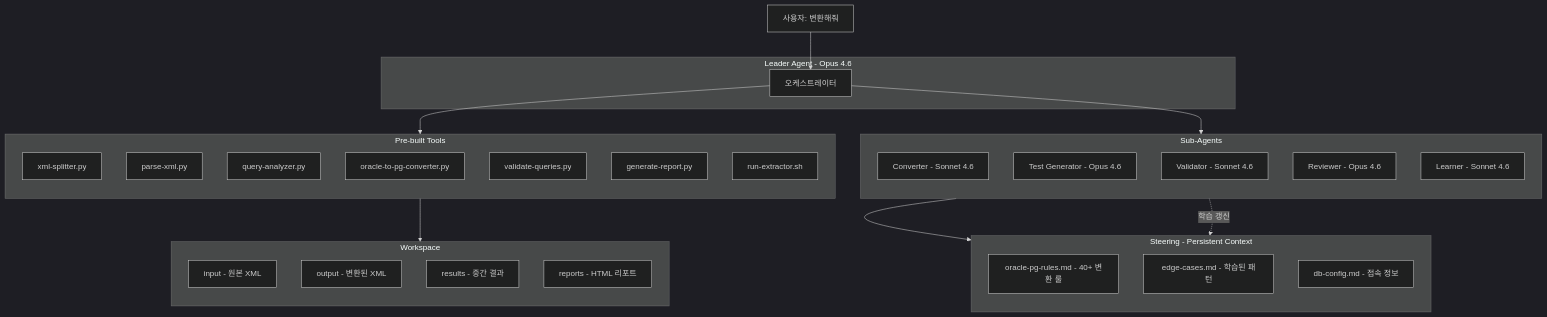
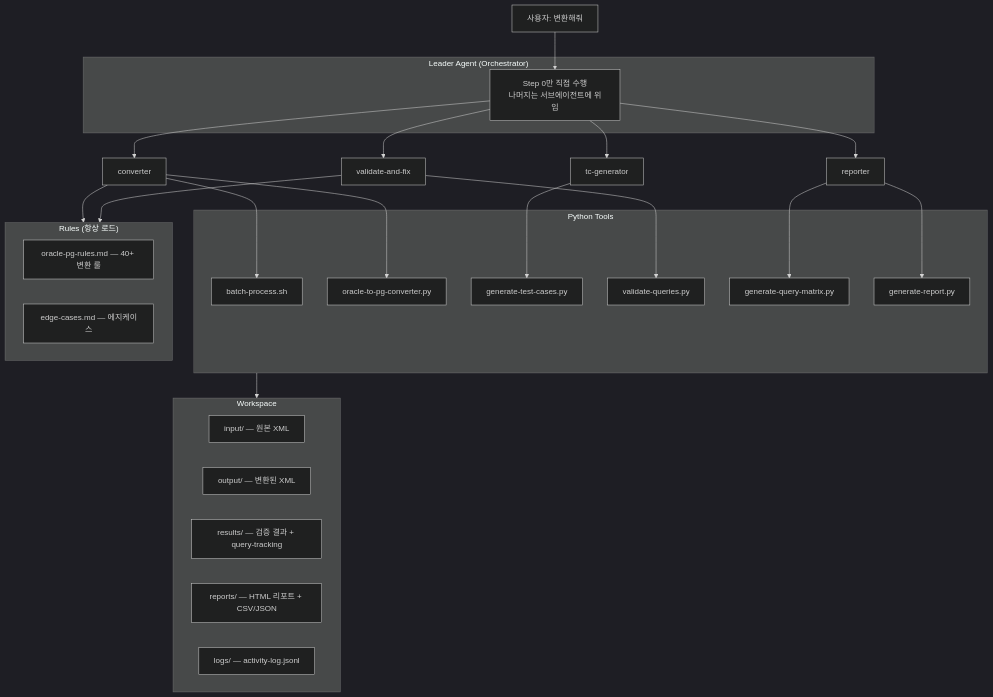
The first of 4 diagrams in docs/architecture.md (netsgo0319/oma-claude-code), drawn with Mermaid (dark theme) before and after one commit. The commit also changed other lines of this file and 1 other file, not shown here.

First line of the commit message:
docs: 아키텍처 문서 전면 재작성 + STEP_END 통일 + 상태 표시 필수화

````diff
--- a/docs/architecture.md
+++ b/docs/architecture.md
@@ -9,52 +9,45 @@
 ```mermaid
 flowchart TB
     U["사용자: 변환해줘"]
     U --> L
 
-    subgraph Leader["Leader Agent - Opus 4.6"]
-        L[오케스트레이터]
+    subgraph Leader["Leader Agent (Orchestrator)"]
+        L[Step 0만 직접 수행\n나머지는 서브에이전트에 위임]
     end
 
-    L --> Tools
-    L --> Agents
+    L --> S1[converter]
+    L --> S2[tc-generator]
+    L --> S3[validate-and-fix]
+    L --> S4[reporter]
 
-    subgraph Tools["Pre-built Tools"]
-        direction TB
-        T1[xml-splitter.py]
-        T2[parse-xml.py]
-        T3[query-analyzer.py]
-        T4[oracle-to-pg-converter.py]
-        T5[validate-queries.py]
+    subgraph Tools["Python Tools"]
+        T1[batch-process.sh]
+        T2[oracle-to-pg-converter.py]
+        T3[generate-test-cases.py]
+        T4[validate-queries.py]
+        T5[generate-query-matrix.py]
         T6[generate-report.py]
-        T7[run-extractor.sh]
     end
 
-    subgraph Agents["Sub-Agents"]
-        direction TB
-        A1[Converter - Sonnet 4.6]
-        A2[Test Generator - Opus 4.6]
-        A3[Validator - Sonnet 4.6]
-        A4[Reviewer - Opus 4.6]
-        A5[Learner - Sonnet 4.6]
+    S1 --> T1 & T2
+    S2 --> T3
+    S3 --> T4
+    S4 --> T5 & T6
+
+    subgraph Rules["Rules (항상 로드)"]
+        R1[oracle-pg-rules.md — 40+ 변환 룰]
+        R2[edge-cases.md — 에지케이스]
     end
 
-    Agents --> Steering
-    A5 -.->|학습 갱신| Steering
+    S1 & S3 --> Rules
 
-    subgraph Steering["Steering - Persistent Context"]
-        direction TB
-        S1[oracle-pg-rules.md - 40+ 변환 룰]
-        S2[edge-cases.md - 학습된 패턴]
-        S3[db-config.md - 접속 정보]
+    subgraph Workspace["Workspace"]
+        W1[input/ — 원본 XML]
+        W2[output/ — 변환된 XML]
+        W3[results/ — 검증 결과 + query-tracking]
+        W4[reports/ — HTML 리포트 + CSV/JSON]
+        W5[logs/ — activity-log.jsonl]
     end
 
     Tools --> Workspace
-
-    subgraph Workspace["Workspace"]
-        direction TB
-        W1[input - 원본 XML]
-        W2[output - 변환된 XML]
-        W3[results - 중간 결과]
-        W4[reports - HTML 리포트]
-    end
 ```
````
